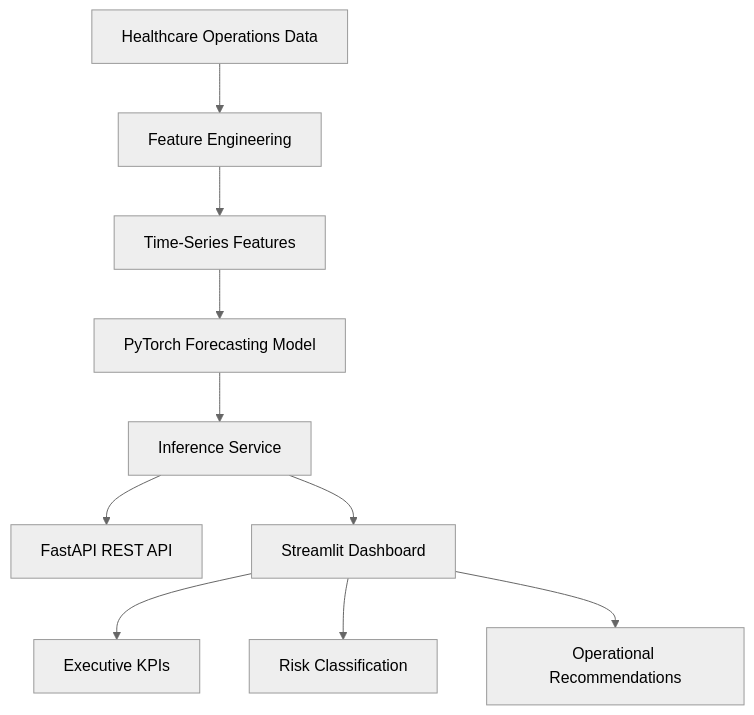
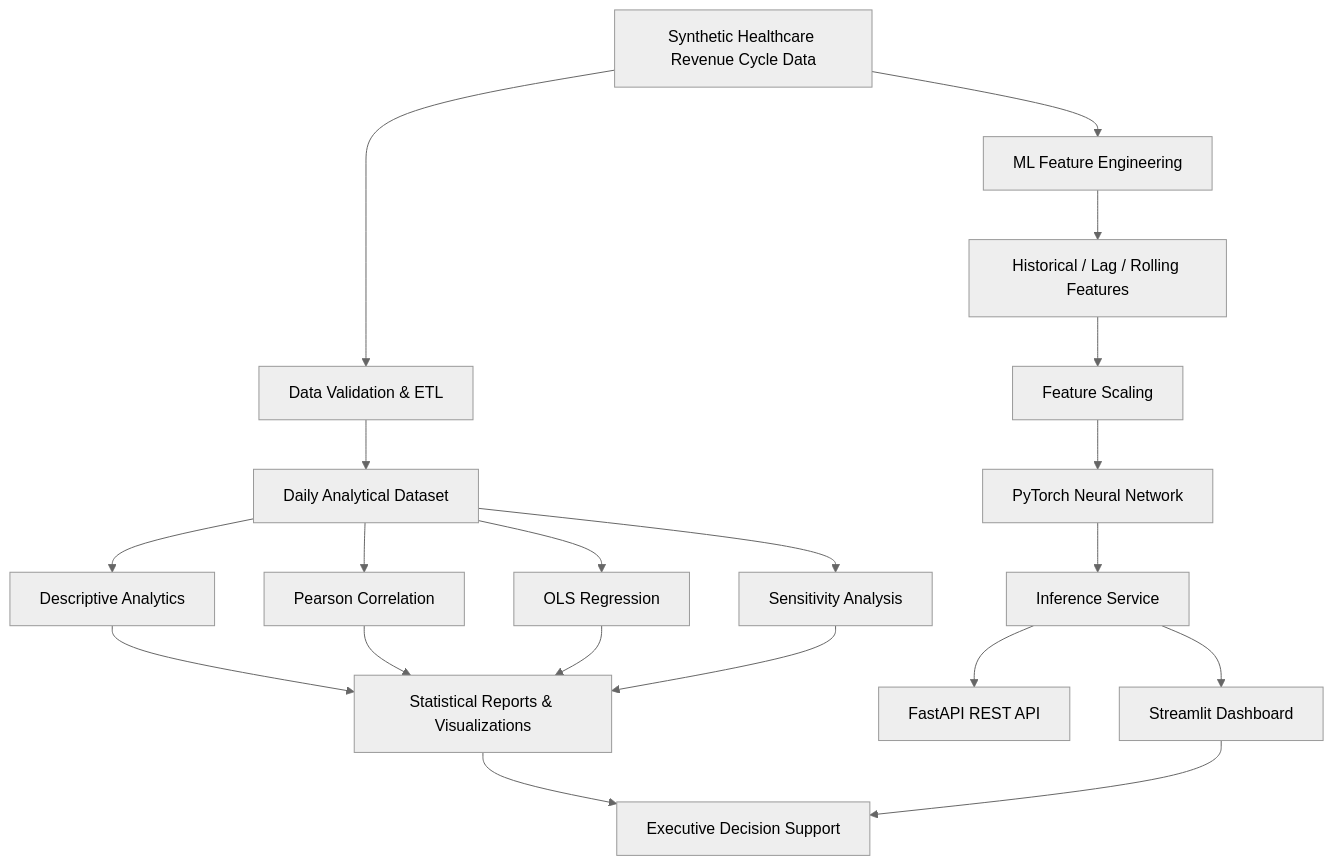
Before and after one commit to AnthonySotoData/RCO-AI: the first of 2 diagrams in README.md, drawn with Mermaid (neutral theme). The commit also changed other lines of this file, not shown here.

Commit message:
Update README with capstone analytics expansion

````diff
--- a/README.md
+++ b/README.md
@@ -116,21 +116,30 @@
 ```mermaid
 flowchart TD
 
-A[Healthcare Operations Data] --> B[Feature Engineering]
+A[Synthetic Healthcare Revenue Cycle Data]
 
-B --> C[Time-Series Features]
+A --> B[Data Validation & ETL]
+A --> C[ML Feature Engineering]
 
-C --> D[PyTorch Forecasting Model]
+B --> D[Daily Analytical Dataset]
+D --> E[Descriptive Analytics]
+D --> F[Pearson Correlation]
+D --> G[OLS Regression]
+D --> H[Sensitivity Analysis]
 
-D --> E[Inference Service]
+E --> I[Statistical Reports & Visualizations]
+F --> I
+G --> I
+H --> I
 
-E --> F[FastAPI REST API]
+C --> J[Historical / Lag / Rolling Features]
+J --> K[Feature Scaling]
+K --> L[PyTorch Neural Network]
+L --> M[Inference Service]
 
-E --> G[Streamlit Dashboard]
+M --> N[FastAPI REST API]
+M --> O[Streamlit Dashboard]
 
-G --> H[Executive KPIs]
-
-G --> I[Risk Classification]
-
-G --> J[Operational Recommendations]
+I --> P[Executive Decision Support]
+O --> P
 ```
````
